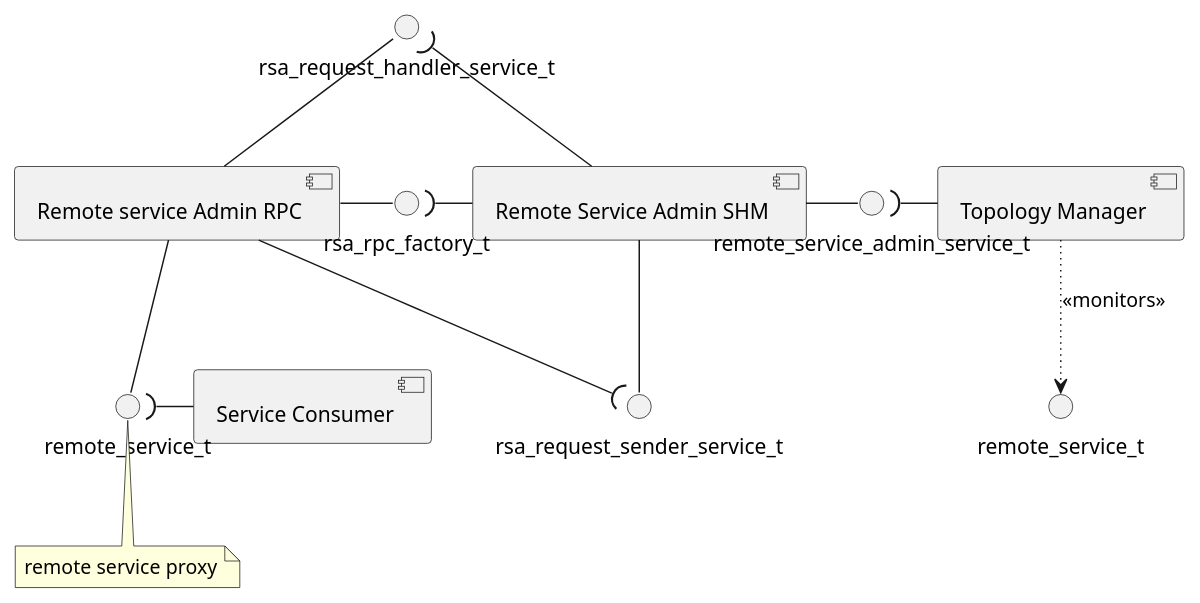
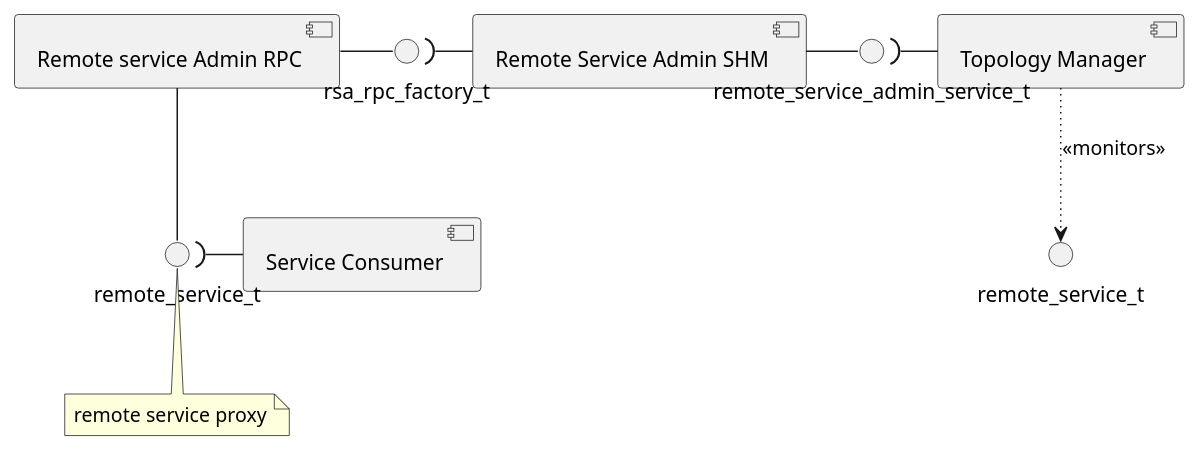
One commit to apache/celix changed the diagram in bundles/remote_services/remote_service_admin_shm_v2/diagrams/rsa_shm_component_diagram.puml. Above: the diagram before and after it, drawn with PlantUML. The commit also changed 48 other files, not shown here.

```diff
--- a/bundles/remote_services/remote_service_admin_shm_v2/diagrams/rsa_shm_component_diagram.puml
+++ b/bundles/remote_services/remote_service_admin_shm_v2/diagrams/rsa_shm_component_diagram.puml
@@ -16,33 +16,25 @@
 @startuml
 
 component Consumer as "Service Consumer"
 component RSA as "Remote Service Admin SHM"
 component TPM as "Topology Manager"
 component RSA_RPC as "Remote service Admin RPC"
 
 () remote_service_admin_service_t
 () RS as "remote_service_t"
 () RSProxy as "remote_service_t"
 note bottom: remote service proxy
 () rsa_rpc_factory_t
-() rsa_request_handler_service_t
-() rsa_request_sender_service_t
 
 RSA -left-( rsa_rpc_factory_t
 RSA_RPC -right- rsa_rpc_factory_t
-
-RSA -up-( rsa_request_handler_service_t
-RSA_RPC -up- rsa_request_handler_service_t
-
-RSA -down- rsa_request_sender_service_t
-RSA_RPC -down-( rsa_request_sender_service_t
 
 RSA_RPC -down- RSProxy
 RSA -right- remote_service_admin_service_t
 
 TPM -left-( remote_service_admin_service_t
 TPM .[dotted].> RS: <<monitors>>
 
 Consumer -left-( RSProxy
 
 @enduml
```
